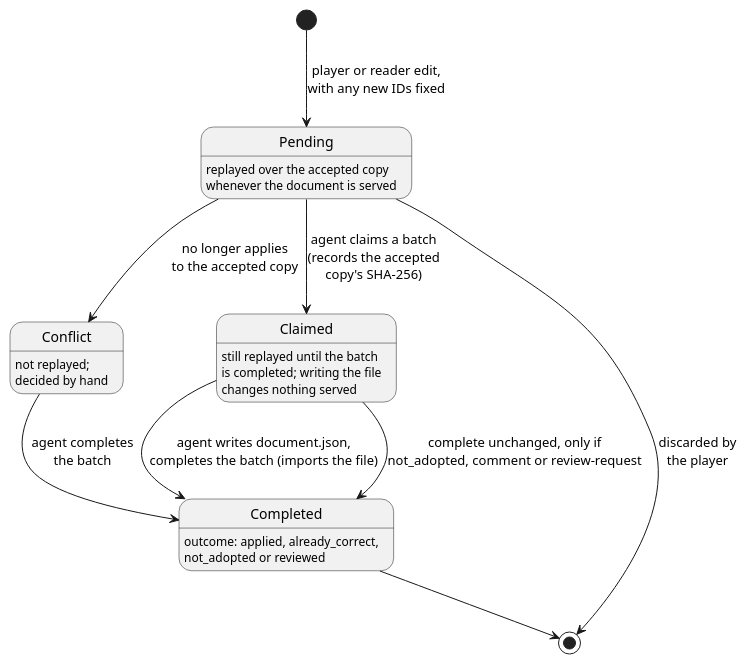
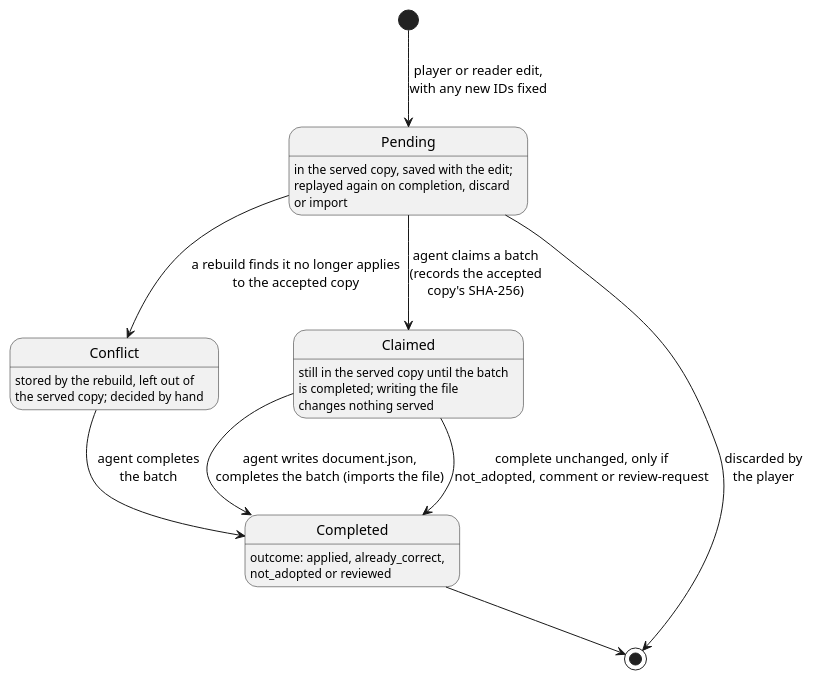
One commit to parkie213/petites-roues changed the diagram in docs/diagrams/edit-lifecycle.puml. Above: the diagram before and after it, drawn with PlantUML. The commit also changed 36 other files, not shown here.

First line of the commit message:
Store a served copy of each document so reads need no replay

```diff
--- a/docs/diagrams/edit-lifecycle.puml
+++ b/docs/diagrams/edit-lifecycle.puml
@@ -1,18 +1,18 @@
 @startuml
 skinparam shadowing false
 skinparam defaultFontName sans-serif
 hide empty description
 
 [*] --> Pending : player or reader edit,\nwith any new IDs fixed
-Pending : replayed over the accepted copy\nwhenever the document is served
-Pending --> Conflict : no longer applies\nto the accepted copy
-Conflict : not replayed;\ndecided by hand
+Pending : in the served copy, saved with the edit;\nreplayed again on completion, discard\nor import
+Pending --> Conflict : a rebuild finds it no longer applies\nto the accepted copy
+Conflict : stored by the rebuild, left out of\nthe served copy; decided by hand
 Pending --> Claimed : agent claims a batch\n(records the accepted\ncopy's SHA-256)
-Claimed : still replayed until the batch\nis completed; writing the file\nchanges nothing served
+Claimed : still in the served copy until the batch\nis completed; writing the file\nchanges nothing served
 Claimed --> Completed : agent writes document.json,\ncompletes the batch (imports the file)
 Conflict --> Completed : agent completes\nthe batch
 Claimed --> Completed : complete unchanged, only if\nnot_adopted, comment or review-request
 Pending --> [*] : discarded by\nthe player
 Completed : outcome: applied, already_correct,\nnot_adopted or reviewed
 Completed --> [*]
 @enduml
```
